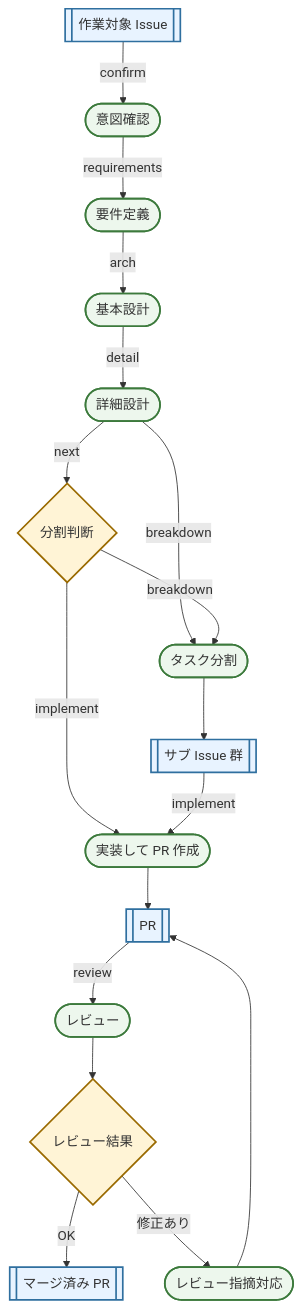
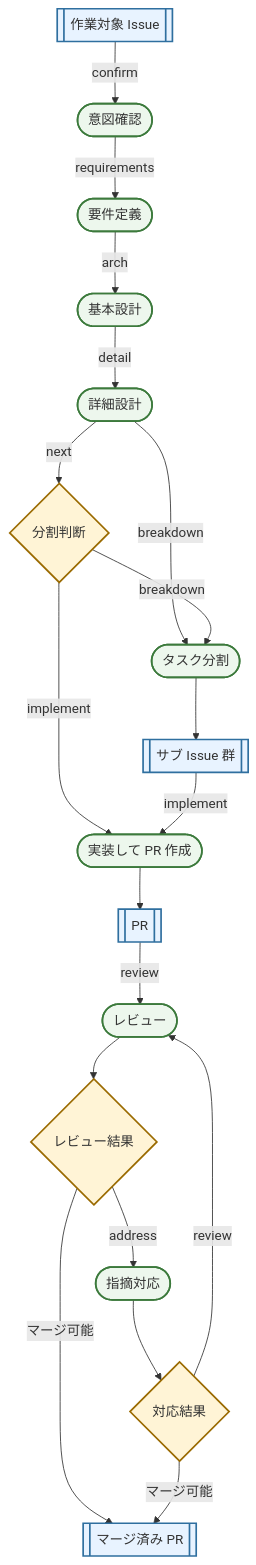
The diagram in README.md (Hiroshiba/vv-ai), drawn with Mermaid before and after one commit. The commit also changed other lines of this file, not shown here.

Commit message:
docs: READMEの作業フロー図を更新する (#252)

````diff
--- a/README.md
+++ b/README.md
@@ -11,42 +11,45 @@
 ```mermaid
 flowchart TD
   issue[["作業対象 Issue"]]
   intent(["意図確認"])
   requirements(["要件定義"])
   arch(["基本設計"])
   detail(["詳細設計"])
   next_decision{"分割判断"}
   breakdown(["タスク分割"])
   subissues[["サブ Issue 群"]]
   implement_issue(["実装して PR 作成"])
   pr[["PR"]]
   review(["レビュー"])
   review_result{"レビュー結果"}
-  address(["レビュー指摘対応"])
+  address(["指摘対応"])
+  address_result{"対応結果"}
   merged[["マージ済み PR"]]
 
   issue -- "confirm" --> intent
   intent -- "requirements" --> requirements
   requirements -- "arch" --> arch
   arch -- "detail" --> detail
   detail -- "next" --> next_decision
   detail -- "breakdown" --> breakdown
   next_decision -- "breakdown" --> breakdown
   next_decision -- "implement" --> implement_issue
   breakdown --> subissues
   subissues -- "implement" --> implement_issue
   implement_issue --> pr
   pr -- "review" --> review
   review --> review_result
-  review_result -- "OK" --> merged
-  review_result -- "修正あり" --> address
-  address --> pr
+  review_result -- "マージ可能" --> merged
+  review_result -- "address" --> address
+  address --> address_result
+  address_result -- "review" --> review
+  address_result -- "マージ可能" --> merged
 
   class issue,subissues,pr,merged githubObject
   class intent,requirements,arch,detail,breakdown,implement_issue,review,address aiStep
-  class next_decision,review_result decision
+  class next_decision,review_result,address_result decision
 
   classDef githubObject fill:#e8f3ff,stroke:#2f6f9f,stroke-width:2px
   classDef aiStep fill:#edf7ed,stroke:#3c7a3c,stroke-width:2px
   classDef decision fill:#fff4d6,stroke:#9a6a00,stroke-width:2px
 ```
````
